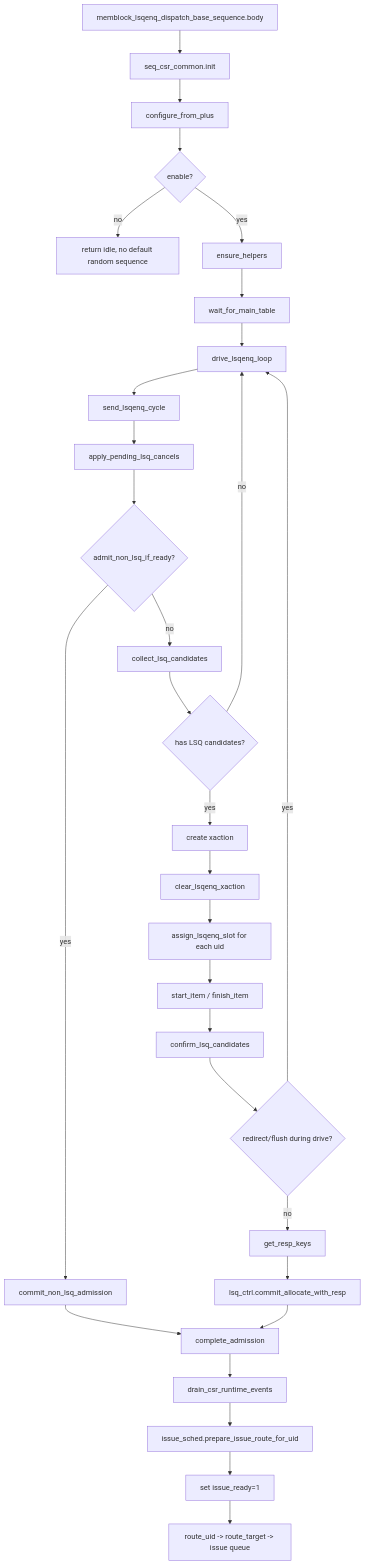
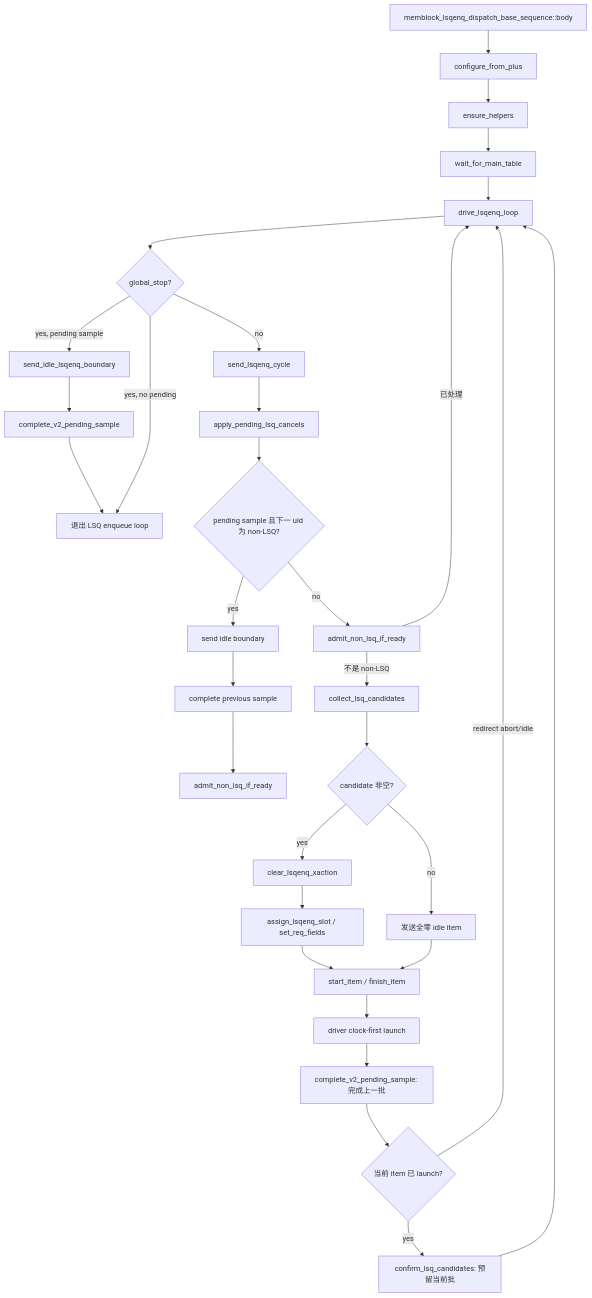
Before and after one commit to OpenXiangShan/XiangShan: the diagram in AI_DOC/mem_ut_flow_doc/lsq_admission_flow.md, drawn with Mermaid. The commit also changed other lines of this file and 59 other files, not shown here.

Commit message:
mem_ut: implement V2 LSQ enqueue adaptation plan

````diff
--- a/AI_DOC/mem_ut_flow_doc/lsq_admission_flow.md
+++ b/AI_DOC/mem_ut_flow_doc/lsq_admission_flow.md
@@ -47,35 +33,33 @@
 ```mermaid
 flowchart TD
-    A[memblock_lsqenq_dispatch_base_sequence.body] --> B[seq_csr_common.init]
-    B --> C[configure_from_plus]
-    C --> D{enable?}
-    D -- no --> D0[return idle, no default random sequence]
-    D -- yes --> E[ensure_helpers]
-    E --> F[wait_for_main_table]
-    F --> G[drive_lsqenq_loop]
-    G --> H[send_lsqenq_cycle]
-
-    H --> I[apply_pending_lsq_cancels]
-    I --> J{admit_non_lsq_if_ready?}
-    J -- yes --> K[commit_non_lsq_admission]
-    K --> L[complete_admission]
-
-    J -- no --> M[collect_lsq_candidates]
-    M --> N{has LSQ candidates?}
-    N -- no --> G
-    N -- yes --> O[create xaction]
-    O --> P[clear_lsqenq_xaction]
-    P --> Q[assign_lsqenq_slot for each uid]
-    Q --> R[start_item / finish_item]
-    R --> S[confirm_lsq_candidates]
-    S --> T{redirect/flush during drive?}
-    T -- yes --> G
-    T -- no --> U[get_resp_keys]
-    U --> V[lsq_ctrl.commit_allocate_with_resp]
-    V --> L
-
-    L --> W[drain_csr_runtime_events]
-    W --> X[issue_sched.prepare_issue_route_for_uid]
-    X --> Y[set issue_ready=1]
-    Y --> Z[route_uid -> route_target -> issue queue]
+    A[memblock_lsqenq_dispatch_base_sequence::body] --> B[configure_from_plus]
+    B --> C[ensure_helpers]
+    C --> D[wait_for_main_table]
+    D --> E[drive_lsqenq_loop]
+    E --> F{global_stop?}
+    F -->|yes, pending sample| G[send_idle_lsqenq_boundary]
+    G --> H[complete_v2_pending_sample]
+    H --> Z[退出 LSQ enqueue loop]
+    F -->|yes, no pending| Z
+    F -->|no| I[send_lsqenq_cycle]
+    I --> J[apply_pending_lsq_cancels]
+    J --> K{pending sample 且下一 uid 为 non-LSQ?}
+    K -->|yes| L[send idle boundary]
+    L --> M[complete previous sample]
+    M --> N[admit_non_lsq_if_ready]
+    K -->|no| O[admit_non_lsq_if_ready]
+    O -->|已处理| E
+    O -->|不是 non-LSQ| P[collect_lsq_candidates]
+    P --> Q{candidate 非空?}
+    Q -->|no| R[发送全零 idle item]
+    Q -->|yes| S[clear_lsqenq_xaction]
+    S --> T[assign_lsqenq_slot / set_req_fields]
+    T --> U[start_item / finish_item]
+    R --> U
+    U --> V[driver clock-first launch]
+    V --> W[complete_v2_pending_sample: 完成上一批]
+    W --> X{当前 item 已 launch?}
+    X -->|yes| Y[confirm_lsq_candidates: 预留当前批]
+    X -->|redirect abort/idle| E
+    Y --> E
 ```
````
